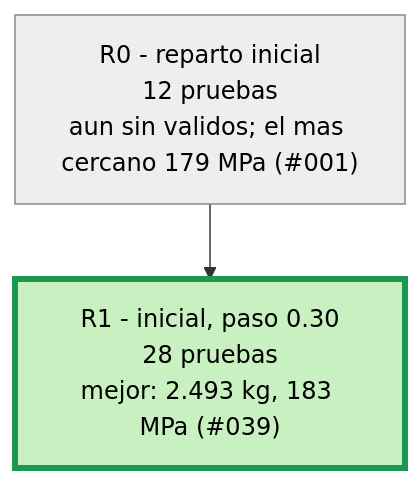
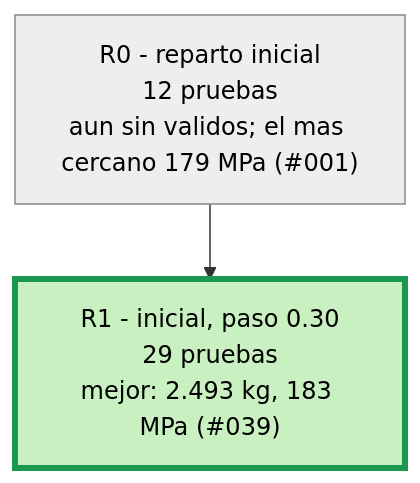
The second of 3 diagrams in runs/opt_37800N/ARBOL.md (Hugiko/msd-soporte-optimizacion), drawn with Mermaid before and after one commit. The commit also changed 22 other files, not shown here.

````diff
--- a/runs/opt_37800N/ARBOL.md
+++ b/runs/opt_37800N/ARBOL.md
@@ -21,9 +21,9 @@
 ```mermaid
 graph TD
 classDef activa fill:#d6eaff,stroke:#1f6fb5,color:#000
 classDef fin fill:#eeeeee,stroke:#888,color:#000
 classDef mejor fill:#c8f0c0,stroke:#1a9850,stroke-width:4px,color:#000
 R0["R0 - reparto inicial<br/>12 pruebas<br/>aun sin validos; el mas cercano 179 MPa (#001)"]:::fin
-R1["R1 - inicial, paso 0.30<br/>28 pruebas<br/>mejor: 2.493 kg, 183 MPa (#039)"]:::mejor
+R1["R1 - inicial, paso 0.30<br/>29 pruebas<br/>mejor: 2.493 kg, 183 MPa (#039)"]:::mejor
 R0 --> R1
 ```
````
